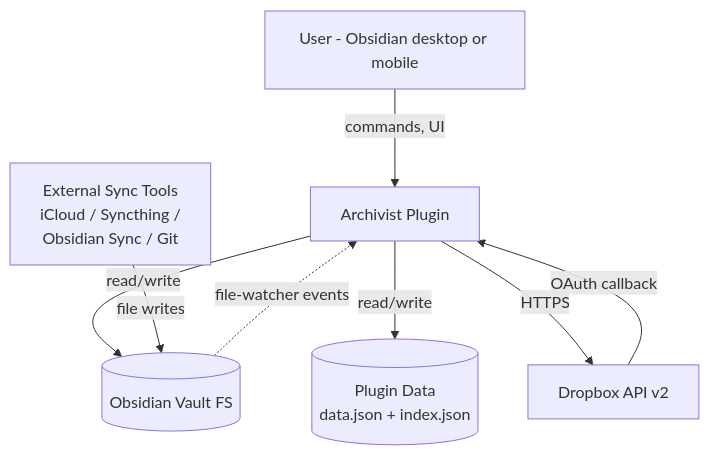
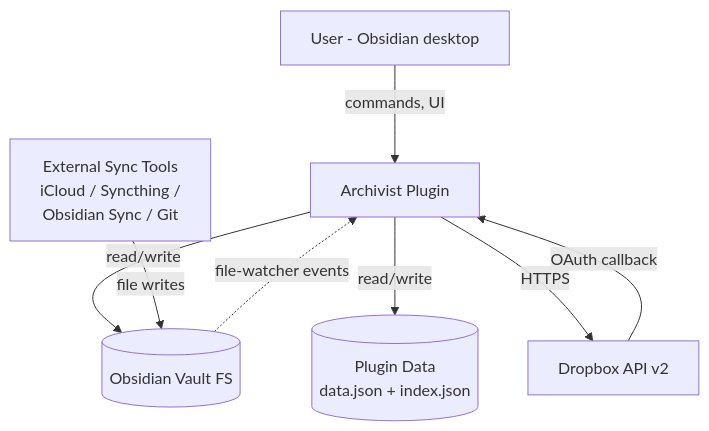
The first of 5 diagrams in docs/XDD/specs/001-archivist-plugin/solution.md (MMoMM-org/obsidian-archivist), drawn with Mermaid before and after one commit. The commit also changed other lines of this file and 9 other files, not shown here.

````diff
--- a/docs/XDD/specs/001-archivist-plugin/solution.md
+++ b/docs/XDD/specs/001-archivist-plugin/solution.md
@@ -179,17 +179,17 @@
 ```mermaid
 graph TB
-    User[User - Obsidian desktop or mobile]
+    User[User - Obsidian desktop]
     Archivist[Archivist Plugin]
     Vault[(Obsidian Vault FS)]
     PluginData[(Plugin Data<br/>data.json + index.json)]
     Dropbox[Dropbox API v2]
 
     User -->|commands, UI| Archivist
     Archivist -->|read/write| Vault
     Archivist -->|read/write| PluginData
     Archivist -->|HTTPS| Dropbox
     Dropbox -->|OAuth callback| Archivist
 
     ExternalSync[External Sync Tools<br/>iCloud / Syncthing /<br/>Obsidian Sync / Git] -->|file writes| Vault
     Vault -.->|file-watcher events| Archivist
 ```
````
